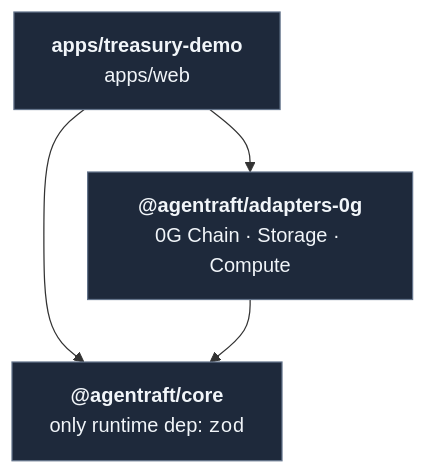
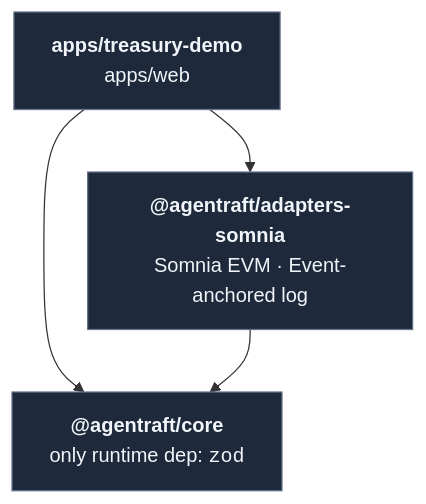
One commit to DogukanGun/maestro changed the third of 4 diagrams in README.md. Above: the diagram before and after it, drawn with Mermaid. The commit also changed other lines of this file and 49 other files, not shown here.

````diff
--- a/README.md
+++ b/README.md
@@ -133,11 +133,11 @@
 ```mermaid
 flowchart TD
     apps["<b>apps/treasury-demo</b><br/>apps/web"]
-    adapters["<b>@agentraft/adapters-0g</b><br/>0G Chain · Storage · Compute"]
+    adapters["<b>@agentraft/adapters-somnia</b><br/>Somnia EVM · Event-anchored log"]
     core["<b>@agentraft/core</b><br/>only runtime dep: <code>zod</code>"]
     apps --> adapters
     apps --> core
     adapters --> core
     classDef pkg fill:#1e293b,stroke:#64748b,color:#f1f5f9;
     class apps,adapters,core pkg;
 ```
````
